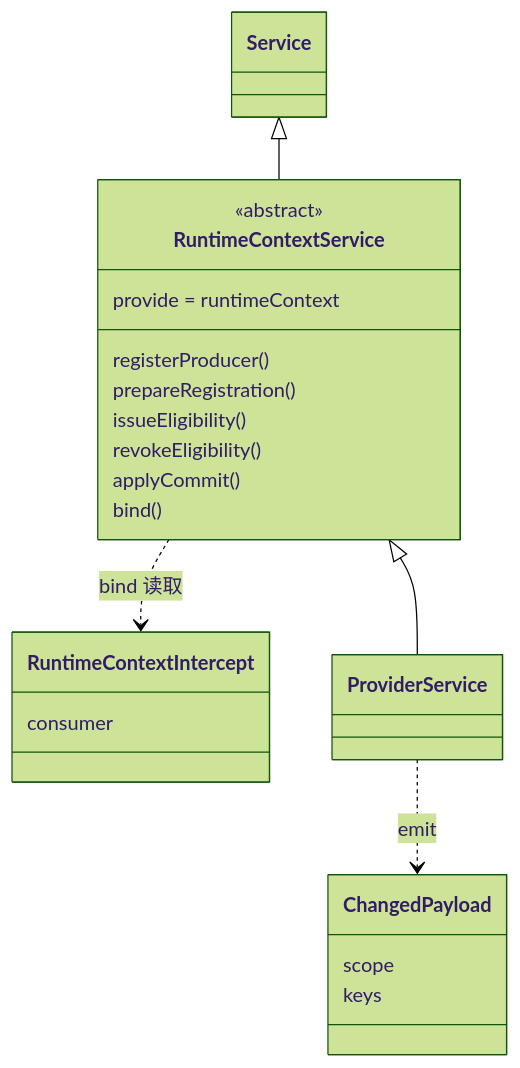
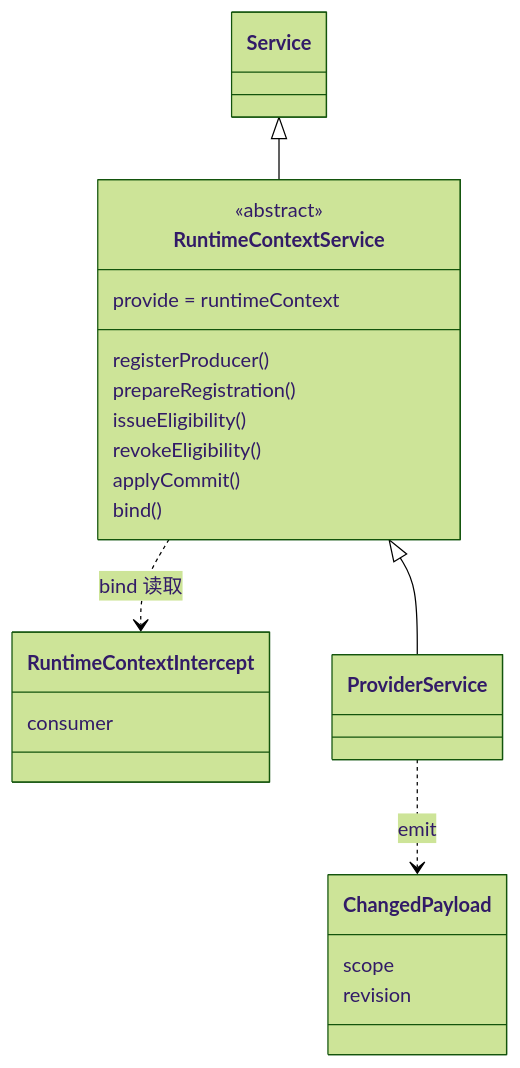
Before and after one commit to nemori-ai/omne-harness-lite: the diagram in packages/context/runtime-context-cordis-contract/docs/object-model.md, drawn with Mermaid (forest theme). The commit also changed other lines of this file and 68 other files, not shown here.

````diff
--- a/packages/context/runtime-context-cordis-contract/docs/object-model.md
+++ b/packages/context/runtime-context-cordis-contract/docs/object-model.md
@@ -15,26 +15,26 @@
 ```mermaid
 classDiagram
   class Service
   class RuntimeContextService {
     <<abstract>>
     provide = runtimeContext
     registerProducer()
     prepareRegistration()
     issueEligibility()
     revokeEligibility()
     applyCommit()
     bind()
   }
   class RuntimeContextIntercept {
     consumer
   }
   class ChangedPayload {
     scope
-    keys
+    revision
   }
   class ProviderService
   Service <|-- RuntimeContextService
   RuntimeContextService <|-- ProviderService
   RuntimeContextService ..> RuntimeContextIntercept : bind 读取
   ProviderService ..> ChangedPayload : emit
 ```
````
